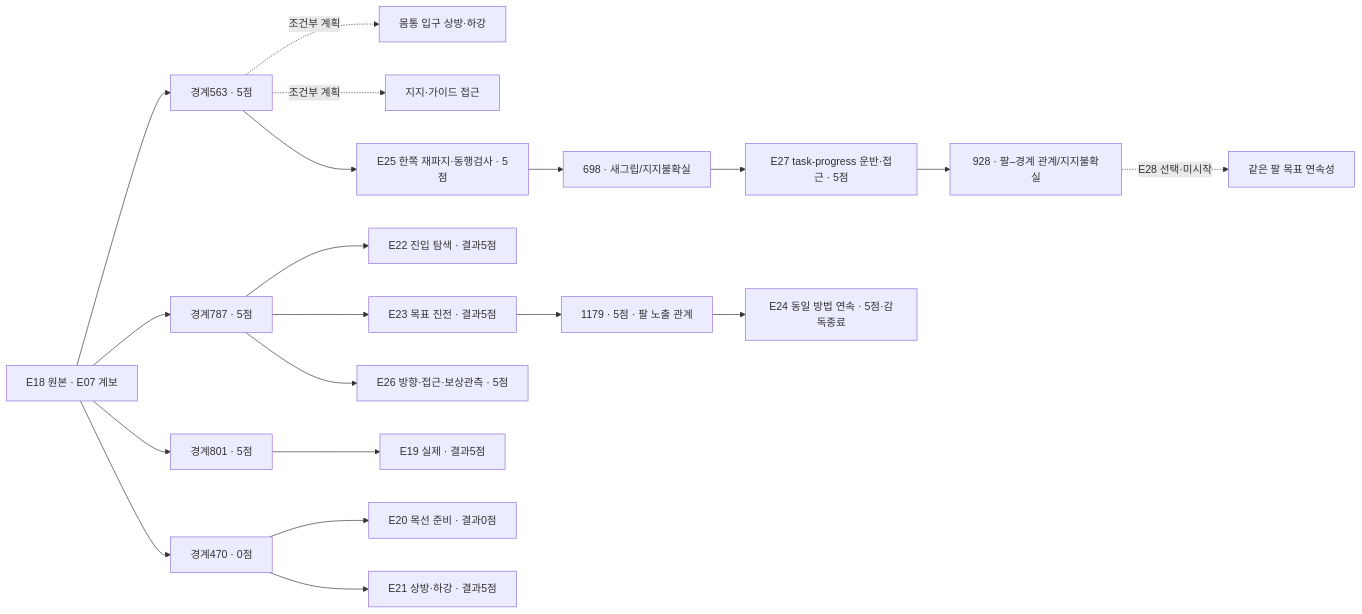
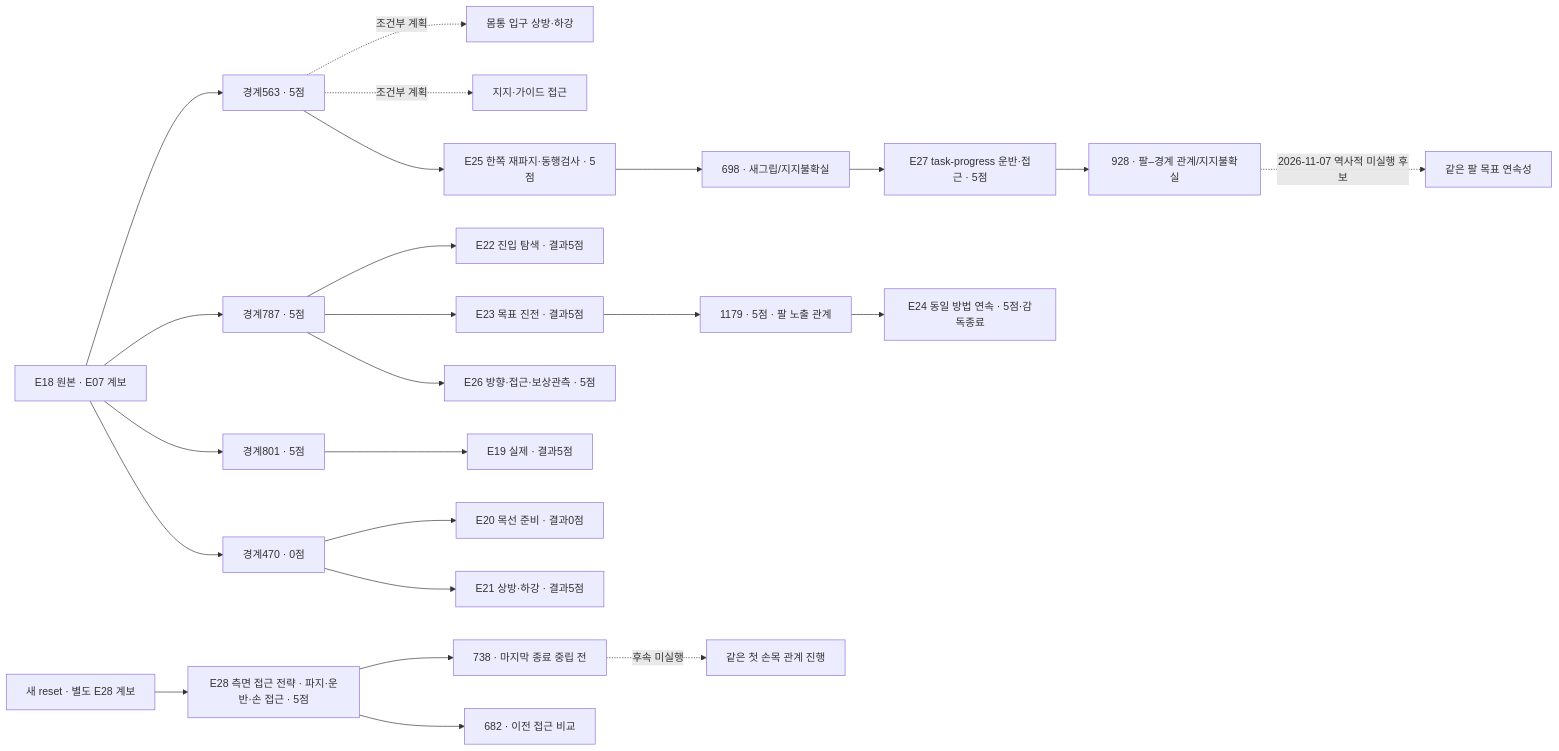
Before and after one commit to leonyoon-3dai/PhyRC_2027_phase1: the diagram in docs/collection/catalog/README.ko.md, drawn with Mermaid. The commit also changed other lines of this file and 40 other files, not shown here.

````diff
--- a/docs/collection/catalog/README.ko.md
+++ b/docs/collection/catalog/README.ko.md
@@ -32,22 +36,26 @@
 ```mermaid
 flowchart LR
   E18["E18 원본 · E07 계보"] --> P563["경계563 · 5점"]
   E18 --> P787["경계787 · 5점"]
   E18 --> P801["경계801 · 5점"]
   E18 --> P470["경계470 · 0점"]
   P563 -. "조건부 계획" .-> O["몸통 입구 상방·하강"]
   P563 -. "조건부 계획" .-> G["지지·가이드 접근"]
   P801 --> E19["E19 실제 · 결과5점"]
   P470 --> E20["E20 목선 준비 · 결과0점"]
   P470 --> E21["E21 상방·하강 · 결과5점"]
   P787 --> E22["E22 진입 탐색 · 결과5점"]
   P787 --> E23["E23 목표 진전 · 결과5점"]
   E23 --> P1179["1179 · 5점 · 팔 노출 관계"]
   P1179 --> E24["E24 동일 방법 연속 · 5점·감독종료"]
   P563 --> M1["E25 한쪽 재파지·동행검사 · 5점"]
   P787 --> M2["E26 방향·접근·보상관측 · 5점"]
   M1 --> P698["698 · 새그립/지지불확실"]
   P698 --> C["E27 task-progress 운반·접근 · 5점"]
   C --> P928["928 · 팔–경계 관계/지지불확실"]
-  P928 -. "E28 선택·미시작" .-> S["같은 팔 목표 연속성"]
+  P928 -. "2026-11-07 역사적 미실행 후보" .-> S["같은 팔 목표 연속성"]
+  F["새 reset · 별도 E28 계보"] --> E28["E28 측면 접근 전략 · 파지·운반·손 접근 · 5점"]
+  E28 --> P738["738 · 마지막 종료 중립 전"]
+  E28 --> P682["682 · 이전 접근 비교"]
+  P738 -. "후속 미실행" .-> N["같은 첫 손목 관계 진행"]
 ```
````
